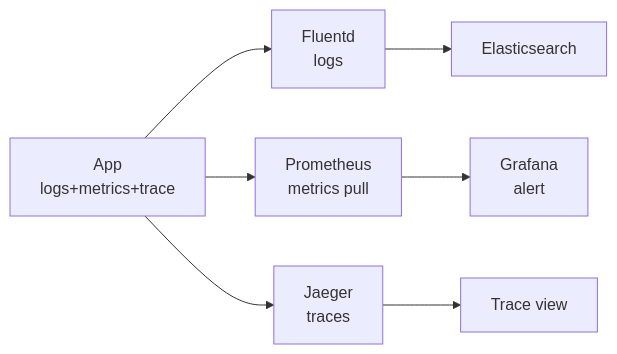
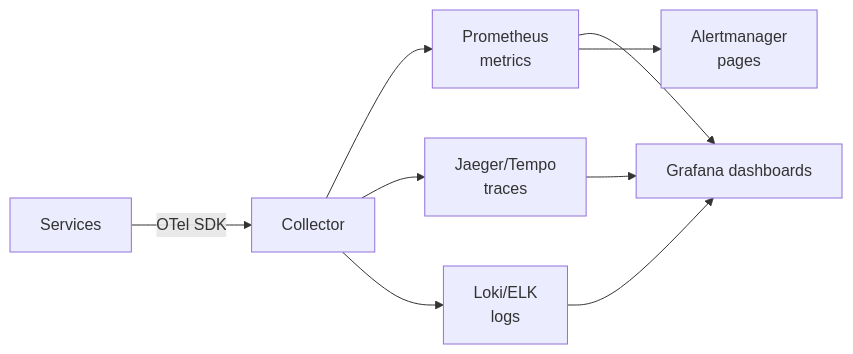
The diagram in content/system-design/observability.md (rakshitagarwal/champ-dsa), drawn with Mermaid before and after one commit. The commit also changed other lines of this file and 100 other files, not shown here.

````diff
--- a/content/system-design/observability.md
+++ b/content/system-design/observability.md
@@ -32,9 +31,11 @@
 ```mermaid
 graph LR
-    A[App<br/>logs+metrics+trace] --> B[Fluentd<br/>logs]
-    A --> C[Prometheus<br/>metrics pull]
-    A --> D[Jaeger<br/>traces]
-    B --> E[Elasticsearch]
-    C --> F[Grafana<br/>alert]
-    D --> G[Trace view]
+    A[Services] -->|OTel SDK| B[Collector]
+    B --> C[Prometheus<br/>metrics]
+    B --> D[Jaeger/Tempo<br/>traces]
+    B --> E[Loki/ELK<br/>logs]
+    C --> F[Grafana dashboards]
+    D --> F
+    E --> F
+    C --> G[Alertmanager<br/>pages]
 ```
````
